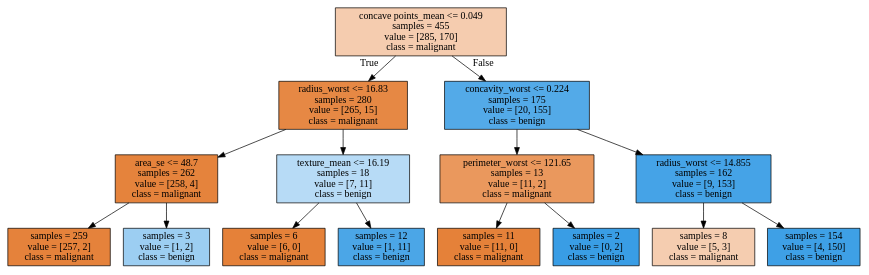
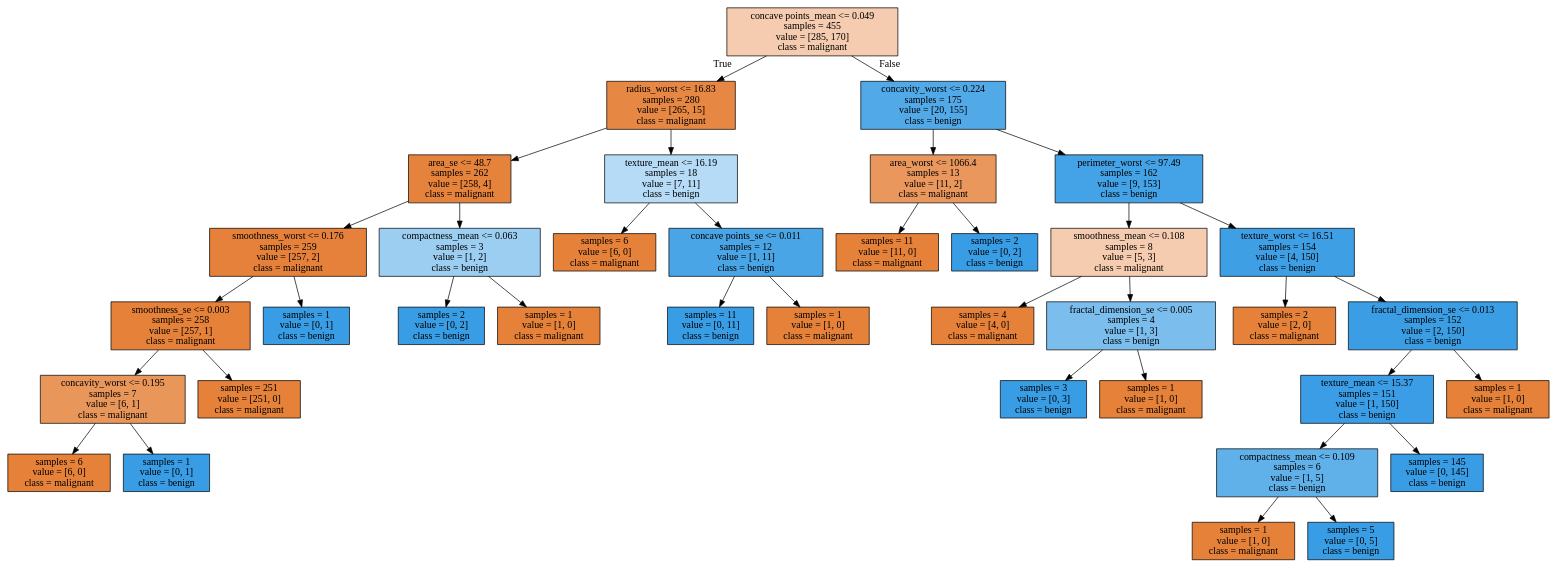
One commit to akruskal/Random_forest_ML_Python changed the diagram in tree.dot. Above: the diagram before and after it, drawn with Graphviz. The commit also changed 2 other files, not shown here.

```diff
--- a/tree.dot
+++ b/tree.dot
@@ -1,32 +1,76 @@
 digraph Tree {
 node [shape=box, style="filled", color="black"] ;
-0 [label="concave points_mean <= 0.049\nsamples = 455\nvalue = [285, 170]\nclass = malignant", fillcolor="#f5ccaf"] ;
-1 [label="radius_worst <= 16.83\nsamples = 280\nvalue = [265, 15]\nclass = malignant", fillcolor="#e68844"] ;
+0 [label="concave points_mean <= 0.049\nsamples = 455\nvalue = [285, 170]\nclass = malignant", fillcolor="#e5813967"] ;
+1 [label="radius_worst <= 16.83\nsamples = 280\nvalue = [265, 15]\nclass = malignant", fillcolor="#e58139f1"] ;
 0 -> 1 [labeldistance=2.5, labelangle=45, headlabel="True"] ;
-2 [label="area_se <= 48.7\nsamples = 262\nvalue = [258, 4]\nclass = malignant", fillcolor="#e5833c"] ;
+2 [label="area_se <= 48.7\nsamples = 262\nvalue = [258, 4]\nclass = malignant", fillcolor="#e58139fb"] ;
 1 -> 2 ;
-3 [label="samples = 259\nvalue = [257, 2]\nclass = malignant", fillcolor="#e5823b"] ;
+3 [label="smoothness_worst <= 0.176\nsamples = 259\nvalue = [257, 2]\nclass = malignant", fillcolor="#e58139fd"] ;
 2 -> 3 ;
-4 [label="samples = 3\nvalue = [1, 2]\nclass = benign", fillcolor="#9ccef2"] ;
-2 -> 4 ;
-5 [label="texture_mean <= 16.19\nsamples = 18\nvalue = [7, 11]\nclass = benign", fillcolor="#b7dbf6"] ;
-1 -> 5 ;
-6 [label="samples = 6\nvalue = [6, 0]\nclass = malignant", fillcolor="#e58139"] ;
+4 [label="smoothness_se <= 0.003\nsamples = 258\nvalue = [257, 1]\nclass = malignant", fillcolor="#e58139fe"] ;
+3 -> 4 ;
+5 [label="concavity_worst <= 0.195\nsamples = 7\nvalue = [6, 1]\nclass = malignant", fillcolor="#e58139d4"] ;
+4 -> 5 ;
+6 [label="samples = 6\nvalue = [6, 0]\nclass = malignant", fillcolor="#e58139ff"] ;
 5 -> 6 ;
-7 [label="samples = 12\nvalue = [1, 11]\nclass = benign", fillcolor="#4ba6e7"] ;
+7 [label="samples = 1\nvalue = [0, 1]\nclass = benign", fillcolor="#399de5ff"] ;
 5 -> 7 ;
-8 [label="concavity_worst <= 0.224\nsamples = 175\nvalue = [20, 155]\nclass = benign", fillcolor="#53aae8"] ;
-0 -> 8 [labeldistance=2.5, labelangle=-45, headlabel="False"] ;
-9 [label="perimeter_worst <= 121.65\nsamples = 13\nvalue = [11, 2]\nclass = malignant", fillcolor="#ea985d"] ;
-8 -> 9 ;
-10 [label="samples = 11\nvalue = [11, 0]\nclass = malignant", fillcolor="#e58139"] ;
-9 -> 10 ;
-11 [label="samples = 2\nvalue = [0, 2]\nclass = benign", fillcolor="#399de5"] ;
-9 -> 11 ;
-12 [label="radius_worst <= 14.855\nsamples = 162\nvalue = [9, 153]\nclass = benign", fillcolor="#45a3e7"] ;
-8 -> 12 ;
-13 [label="samples = 8\nvalue = [5, 3]\nclass = malignant", fillcolor="#f5cdb0"] ;
-12 -> 13 ;
-14 [label="samples = 154\nvalue = [4, 150]\nclass = benign", fillcolor="#3ea0e6"] ;
-12 -> 14 ;
+8 [label="samples = 251\nvalue = [251, 0]\nclass = malignant", fillcolor="#e58139ff"] ;
+4 -> 8 ;
+9 [label="samples = 1\nvalue = [0, 1]\nclass = benign", fillcolor="#399de5ff"] ;
+3 -> 9 ;
+10 [label="compactness_mean <= 0.063\nsamples = 3\nvalue = [1, 2]\nclass = benign", fillcolor="#399de57f"] ;
+2 -> 10 ;
+11 [label="samples = 2\nvalue = [0, 2]\nclass = benign", fillcolor="#399de5ff"] ;
+10 -> 11 ;
+12 [label="samples = 1\nvalue = [1, 0]\nclass = malignant", fillcolor="#e58139ff"] ;
+10 -> 12 ;
+13 [label="texture_mean <= 16.19\nsamples = 18\nvalue = [7, 11]\nclass = benign", fillcolor="#399de55d"] ;
+1 -> 13 ;
+14 [label="samples = 6\nvalue = [6, 0]\nclass = malignant", fillcolor="#e58139ff"] ;
+13 -> 14 ;
+15 [label="concave points_se <= 0.011\nsamples = 12\nvalue = [1, 11]\nclass = benign", fillcolor="#399de5e8"] ;
+13 -> 15 ;
+16 [label="samples = 11\nvalue = [0, 11]\nclass = benign", fillcolor="#399de5ff"] ;
+15 -> 16 ;
+17 [label="samples = 1\nvalue = [1, 0]\nclass = malignant", fillcolor="#e58139ff"] ;
+15 -> 17 ;
+18 [label="concavity_worst <= 0.224\nsamples = 175\nvalue = [20, 155]\nclass = benign", fillcolor="#399de5de"] ;
+0 -> 18 [labeldistance=2.5, labelangle=-45, headlabel="False"] ;
+19 [label="area_worst <= 1066.4\nsamples = 13\nvalue = [11, 2]\nclass = malignant", fillcolor="#e58139d1"] ;
+18 -> 19 ;
+20 [label="samples = 11\nvalue = [11, 0]\nclass = malignant", fillcolor="#e58139ff"] ;
+19 -> 20 ;
+21 [label="samples = 2\nvalue = [0, 2]\nclass = benign", fillcolor="#399de5ff"] ;
+19 -> 21 ;
+22 [label="perimeter_worst <= 97.49\nsamples = 162\nvalue = [9, 153]\nclass = benign", fillcolor="#399de5f0"] ;
+18 -> 22 ;
+23 [label="smoothness_mean <= 0.108\nsamples = 8\nvalue = [5, 3]\nclass = malignant", fillcolor="#e5813966"] ;
+22 -> 23 ;
+24 [label="samples = 4\nvalue = [4, 0]\nclass = malignant", fillcolor="#e58139ff"] ;
+23 -> 24 ;
+25 [label="fractal_dimension_se <= 0.005\nsamples = 4\nvalue = [1, 3]\nclass = benign", fillcolor="#399de5aa"] ;
+23 -> 25 ;
+26 [label="samples = 3\nvalue = [0, 3]\nclass = benign", fillcolor="#399de5ff"] ;
+25 -> 26 ;
+27 [label="samples = 1\nvalue = [1, 0]\nclass = malignant", fillcolor="#e58139ff"] ;
+25 -> 27 ;
+28 [label="texture_worst <= 16.51\nsamples = 154\nvalue = [4, 150]\nclass = benign", fillcolor="#399de5f8"] ;
+22 -> 28 ;
+29 [label="samples = 2\nvalue = [2, 0]\nclass = malignant", fillcolor="#e58139ff"] ;
+28 -> 29 ;
+30 [label="fractal_dimension_se <= 0.013\nsamples = 152\nvalue = [2, 150]\nclass = benign", fillcolor="#399de5fc"] ;
+28 -> 30 ;
+31 [label="texture_mean <= 15.37\nsamples = 151\nvalue = [1, 150]\nclass = benign", fillcolor="#399de5fd"] ;
+30 -> 31 ;
+32 [label="compactness_mean <= 0.109\nsamples = 6\nvalue = [1, 5]\nclass = benign", fillcolor="#399de5cc"] ;
+31 -> 32 ;
+33 [label="samples = 1\nvalue = [1, 0]\nclass = malignant", fillcolor="#e58139ff"] ;
+32 -> 33 ;
+34 [label="samples = 5\nvalue = [0, 5]\nclass = benign", fillcolor="#399de5ff"] ;
+32 -> 34 ;
+35 [label="samples = 145\nvalue = [0, 145]\nclass = benign", fillcolor="#399de5ff"] ;
+31 -> 35 ;
+36 [label="samples = 1\nvalue = [1, 0]\nclass = malignant", fillcolor="#e58139ff"] ;
+30 -> 36 ;
 }
```
